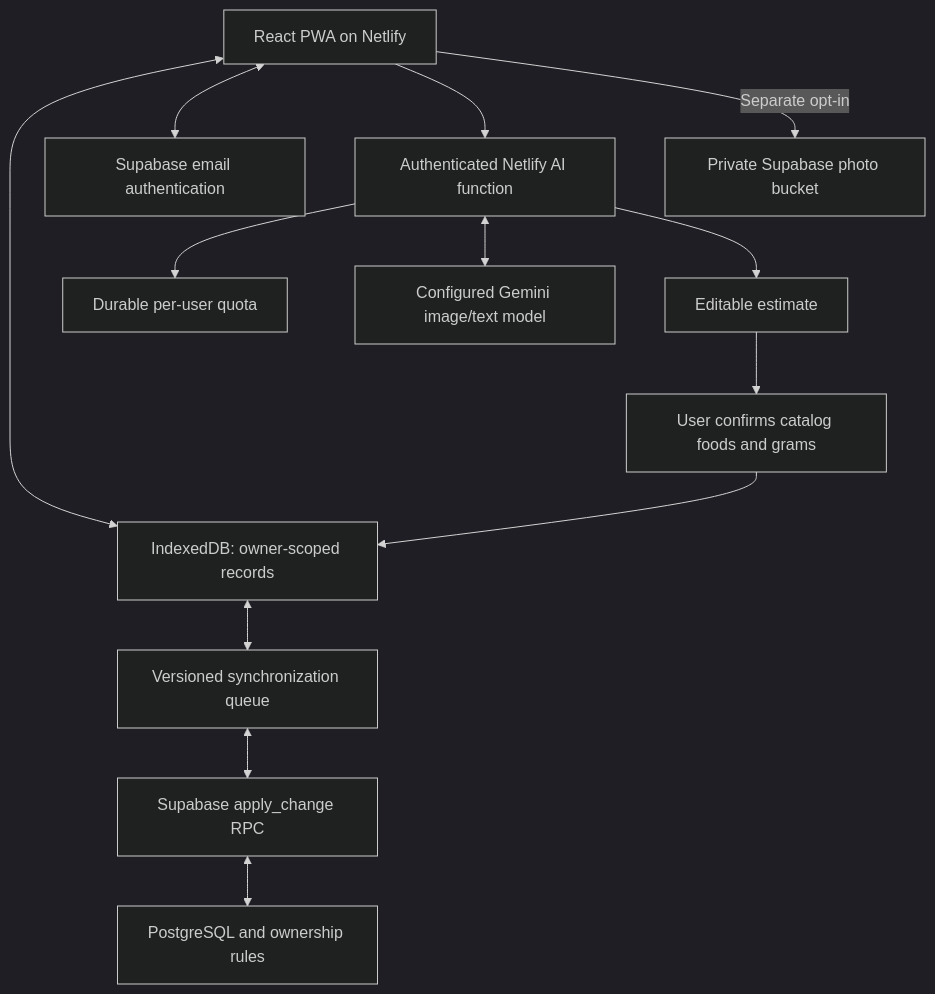
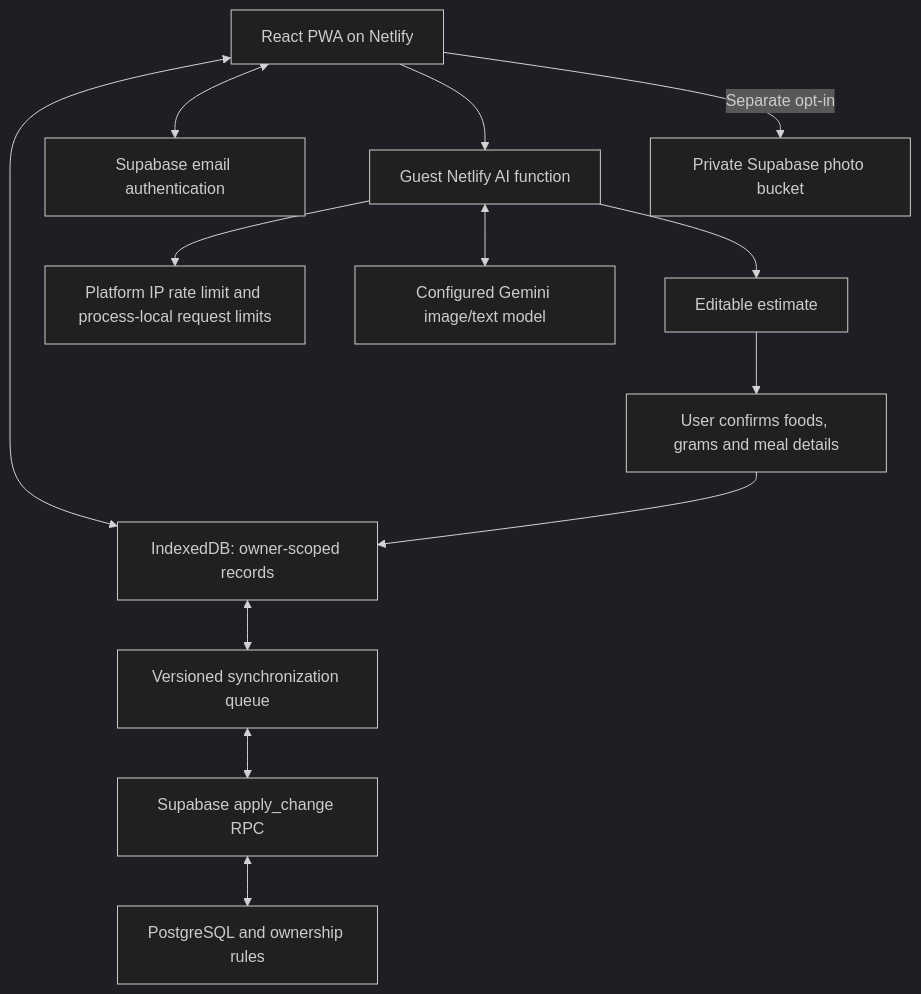
One commit to kalpana-gif/KGM-Gym changed the diagram in ARCHITECTURE.md. Above: the diagram before and after it, drawn with Mermaid (dark theme). The commit also changed other lines of this file and 39 other files, not shown here.

````diff
--- a/ARCHITECTURE.md
+++ b/ARCHITECTURE.md
@@ -3,15 +3,15 @@
 ```mermaid
 flowchart TD
   UI[React PWA on Netlify] <--> DB[IndexedDB: owner-scoped records]
   DB <--> Q[Versioned synchronization queue]
   Q <--> RPC[Supabase apply_change RPC]
   RPC <--> PG[PostgreSQL and ownership rules]
   UI <--> AUTH[Supabase email authentication]
-  UI --> FN[Authenticated Netlify AI function]
-  FN --> QUOTA[Durable per-user quota]
+  UI --> FN[Guest Netlify AI function]
+  FN --> QUOTA[Platform IP rate limit and process-local request limits]
   FN <--> AI[Configured Gemini image/text model]
   FN --> REVIEW[Editable estimate]
-  REVIEW --> CONFIRM[User confirms catalog foods and grams]
+  REVIEW --> CONFIRM[User confirms foods, grams and meal details]
   CONFIRM --> DB
   UI -->|Separate opt-in| STORAGE[Private Supabase photo bucket]
 ```
````
